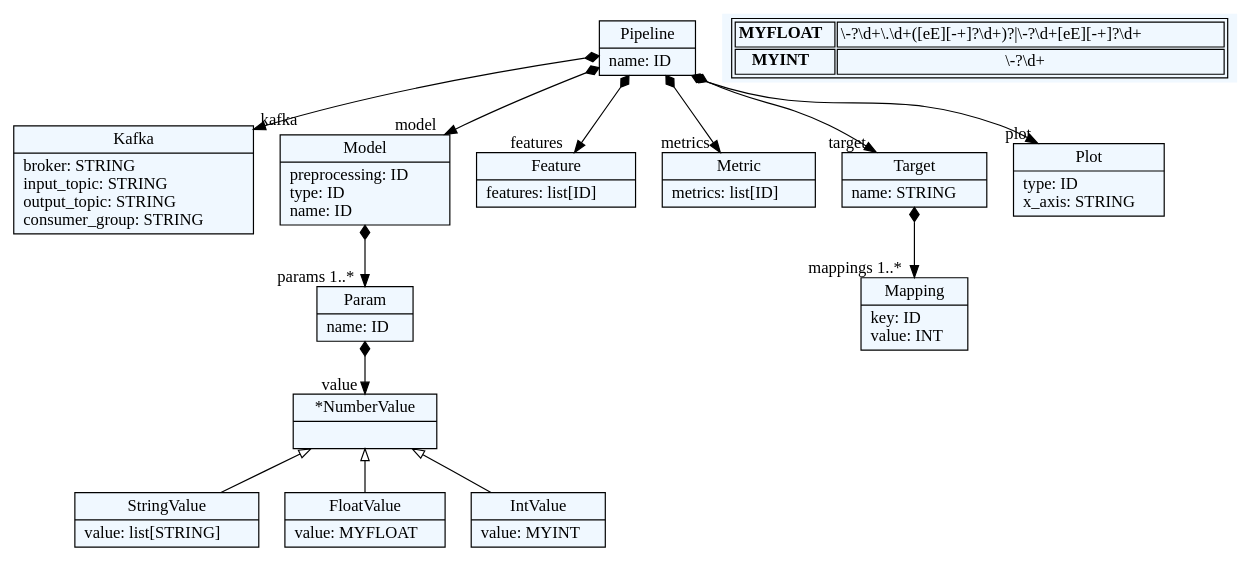
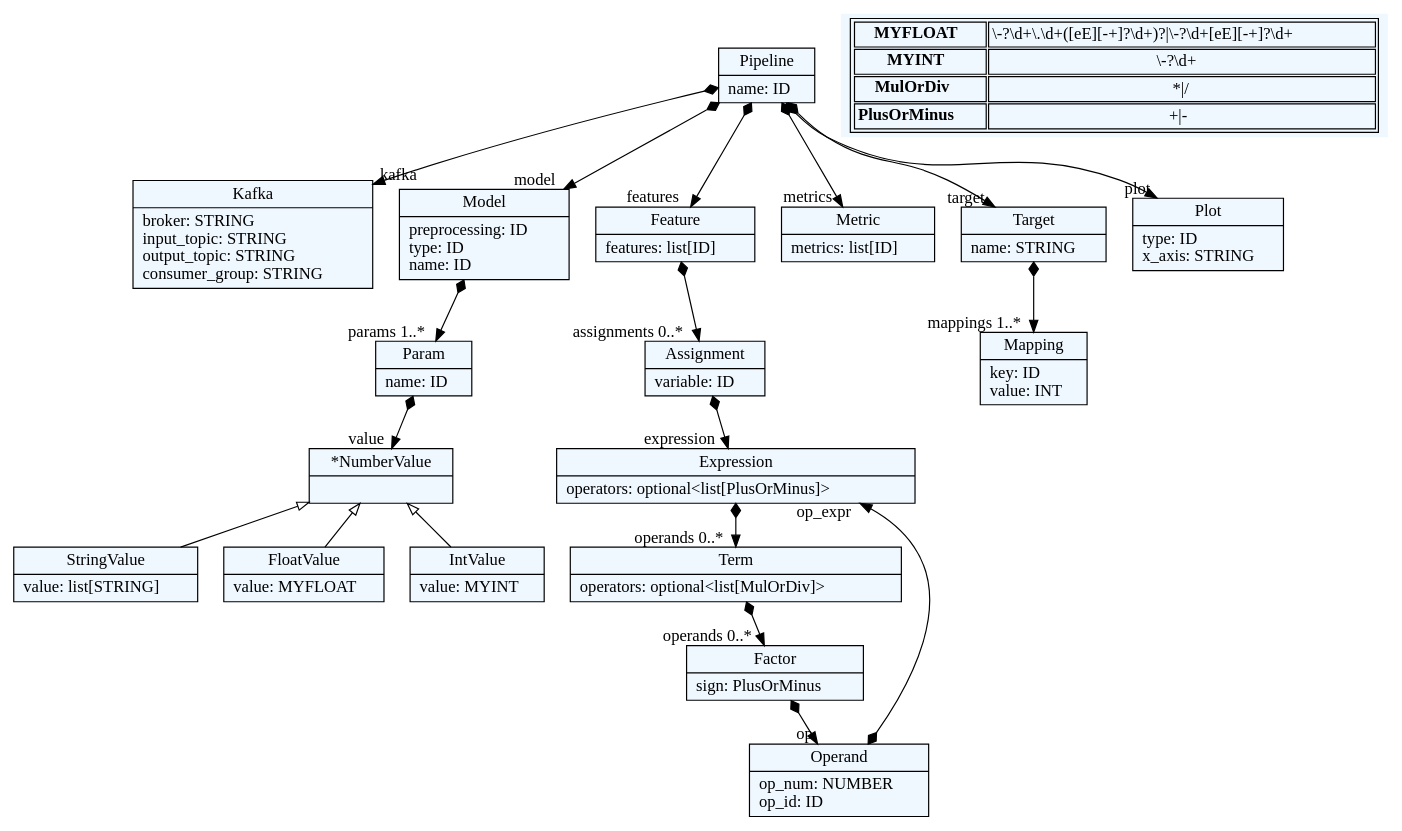
Before and after one commit to deepblue597/beaver: the diagram in wikimedia_dsl/jsl.dot, drawn with Graphviz. The commit also changed 10 other files, not shown here.

```diff
--- a/wikimedia_dsl/jsl.dot
+++ b/wikimedia_dsl/jsl.dot
@@ -1,64 +1,86 @@
 
     digraph textX {
     fontname = "Bitstream Vera Sans"
     fontsize = 8
     node[
         shape=record,
         style=filled,
         fillcolor=aliceblue
     ]
     nodesep = 0.3
     edge[dir=black,arrowtail=empty]
 
 
-138603911434448[ label="{Pipeline|name: ID\l}"]
+127176241542304[ label="{Pipeline|name: ID\l}"]
 
-138603911432480[ label="{Kafka|broker: STRING\linput_topic: STRING\loutput_topic: STRING\lconsumer_group: STRING\l}"]
+127176241541536[ label="{Kafka|broker: STRING\linput_topic: STRING\loutput_topic: STRING\lconsumer_group: STRING\l}"]
 
-138603911516560[ label="{Model|preprocessing: ID\ltype: ID\lname: ID\l}"]
+127176241530544[ label="{Model|preprocessing: ID\ltype: ID\lname: ID\l}"]
 
-138603911516464[ label="{Param|name: ID\l}"]
+127176241617744[ label="{Param|name: ID\l}"]
 
-138603911516512[ label="{*NumberValue|}"]
+127176241623792[ label="{*NumberValue|}"]
 
-138603911519200[ label="{StringValue|value: list[STRING]\l}"]
+127176241611504[ label="{StringValue|value: list[STRING]\l}"]
 
-138603911521408[ label="{FloatValue|value: MYFLOAT\l}"]
+127176241627008[ label="{FloatValue|value: MYFLOAT\l}"]
 
-138603911515216[ label="{IntValue|value: MYINT\l}"]
+127176241624368[ label="{IntValue|value: MYINT\l}"]
 
-138603911519584[ label="{Feature|features: list[ID]\l}"]
+127176241618944[ label="{Feature|features: list[ID]\l}"]
 
-138603911515888[ label="{Metric|metrics: list[ID]\l}"]
+127176241615776[ label="{Assignment|variable: ID\l}"]
 
-138603911521936[ label="{Target|name: STRING\l}"]
+127176241618368[ label="{Expression|operators: optional\<list[PlusOrMinus]\>\l}"]
 
-138603911512192[ label="{Mapping|key: ID\lvalue: INT\l}"]
+127176241625232[ label="{Term|operators: optional\<list[MulOrDiv]\>\l}"]
 
-138603911513920[ label="{Plot|type: ID\lx_axis: STRING\l}"]
+127176241617216[ label="{Factor|sign: PlusOrMinus\l}"]
+
+127176241611360[ label="{Operand|op_num: NUMBER\lop_id: ID\l}"]
+
+127176241614720[ label="{Metric|metrics: list[ID]\l}"]
+
+127176241625760[ label="{Target|name: STRING\l}"]
+
+127176241626000[ label="{Mapping|key: ID\lvalue: INT\l}"]
+
+127176241626240[ label="{Plot|type: ID\lx_axis: STRING\l}"]
 
 
 
-138603911434448 -> 138603911432480[arrowtail=diamond, dir=both, headlabel="kafka "]
-138603911434448 -> 138603911516560[arrowtail=diamond, dir=both, headlabel="model "]
-138603911434448 -> 138603911519584[arrowtail=diamond, dir=both, headlabel="features "]
-138603911434448 -> 138603911515888[arrowtail=diamond, dir=both, headlabel="metrics "]
-138603911434448 -> 138603911521936[arrowtail=diamond, dir=both, headlabel="target "]
-138603911434448 -> 138603911513920[arrowtail=diamond, dir=both, headlabel="plot "]
-138603911516560 -> 138603911516464[arrowtail=diamond, dir=both, headlabel="params 1..*"]
-138603911516464 -> 138603911516512[arrowtail=diamond, dir=both, headlabel="value "]
-138603911516512 -> 138603911521408 [dir=back]
-138603911516512 -> 138603911515216 [dir=back]
-138603911516512 -> 138603911519200 [dir=back]
-138603911521936 -> 138603911512192[arrowtail=diamond, dir=both, headlabel="mappings 1..*"]
+127176241542304 -> 127176241541536[arrowtail=diamond, dir=both, headlabel="kafka "]
+127176241542304 -> 127176241530544[arrowtail=diamond, dir=both, headlabel="model "]
+127176241542304 -> 127176241618944[arrowtail=diamond, dir=both, headlabel="features "]
+127176241542304 -> 127176241614720[arrowtail=diamond, dir=both, headlabel="metrics "]
+127176241542304 -> 127176241625760[arrowtail=diamond, dir=both, headlabel="target "]
+127176241542304 -> 127176241626240[arrowtail=diamond, dir=both, headlabel="plot "]
+127176241530544 -> 127176241617744[arrowtail=diamond, dir=both, headlabel="params 1..*"]
+127176241617744 -> 127176241623792[arrowtail=diamond, dir=both, headlabel="value "]
+127176241623792 -> 127176241627008 [dir=back]
+127176241623792 -> 127176241624368 [dir=back]
+127176241623792 -> 127176241611504 [dir=back]
+127176241618944 -> 127176241615776[arrowtail=diamond, dir=both, headlabel="assignments 0..*"]
+127176241615776 -> 127176241618368[arrowtail=diamond, dir=both, headlabel="expression "]
+127176241618368 -> 127176241625232[arrowtail=diamond, dir=both, headlabel="operands 0..*"]
+127176241625232 -> 127176241617216[arrowtail=diamond, dir=both, headlabel="operands 0..*"]
+127176241617216 -> 127176241611360[arrowtail=diamond, dir=both, headlabel="op "]
+127176241611360 -> 127176241618368[arrowtail=diamond, dir=both, headlabel="op_expr "]
+127176241625760 -> 127176241626000[arrowtail=diamond, dir=both, headlabel="mappings 1..*"]
 match_rules [ shape=plaintext, label=< <table>
 	<tr>
 		<td><b>MYFLOAT</b></td><td>\-?\d+\.\d+([eE][-+]?\d+)?|\-?\d+[eE][-+]?\d+</td>
 	</tr>
 	<tr>
 		<td><b>MYINT</b></td><td>\-?\d+</td>
 	</tr>
+	<tr>
+		<td><b>MulOrDiv</b></td><td>*|/</td>
+	</tr>
+	<tr>
+		<td><b>PlusOrMinus</b></td><td>+|-</td>
+	</tr>
 </table> >]
 
 
 }
```
